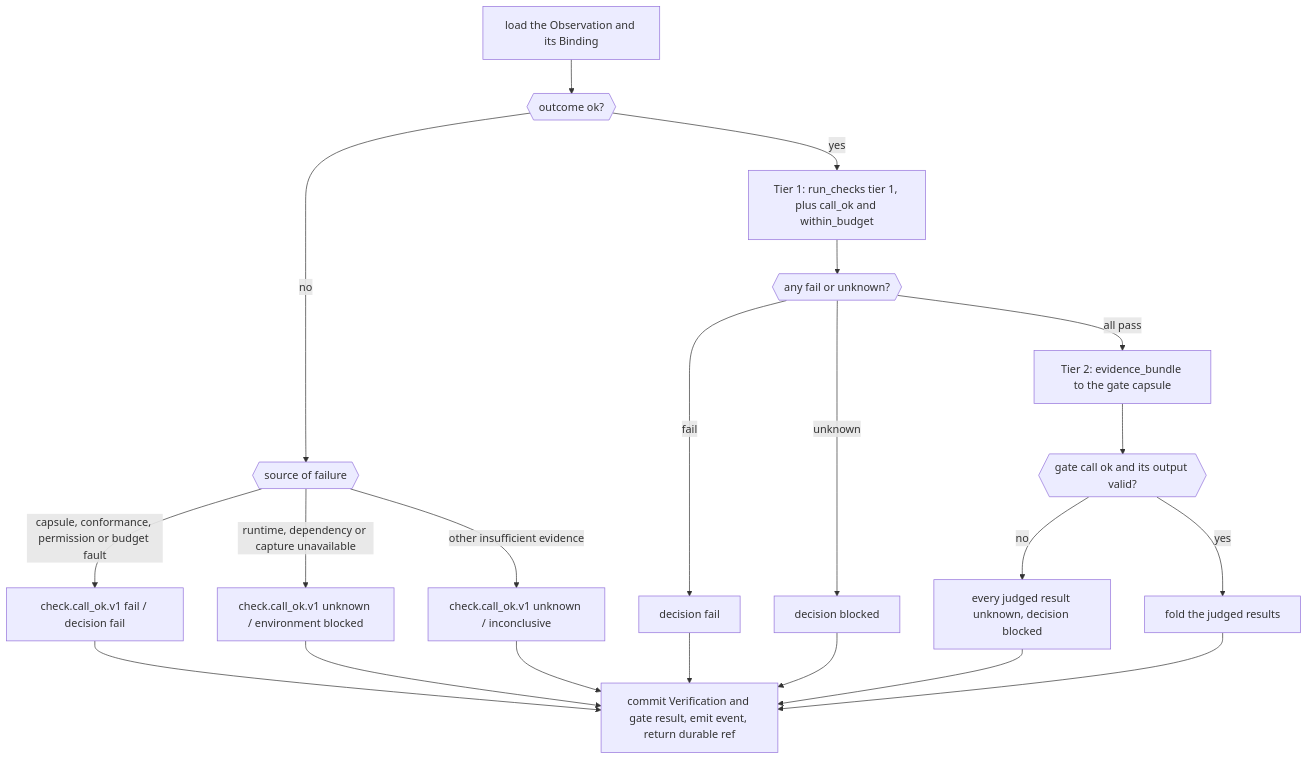
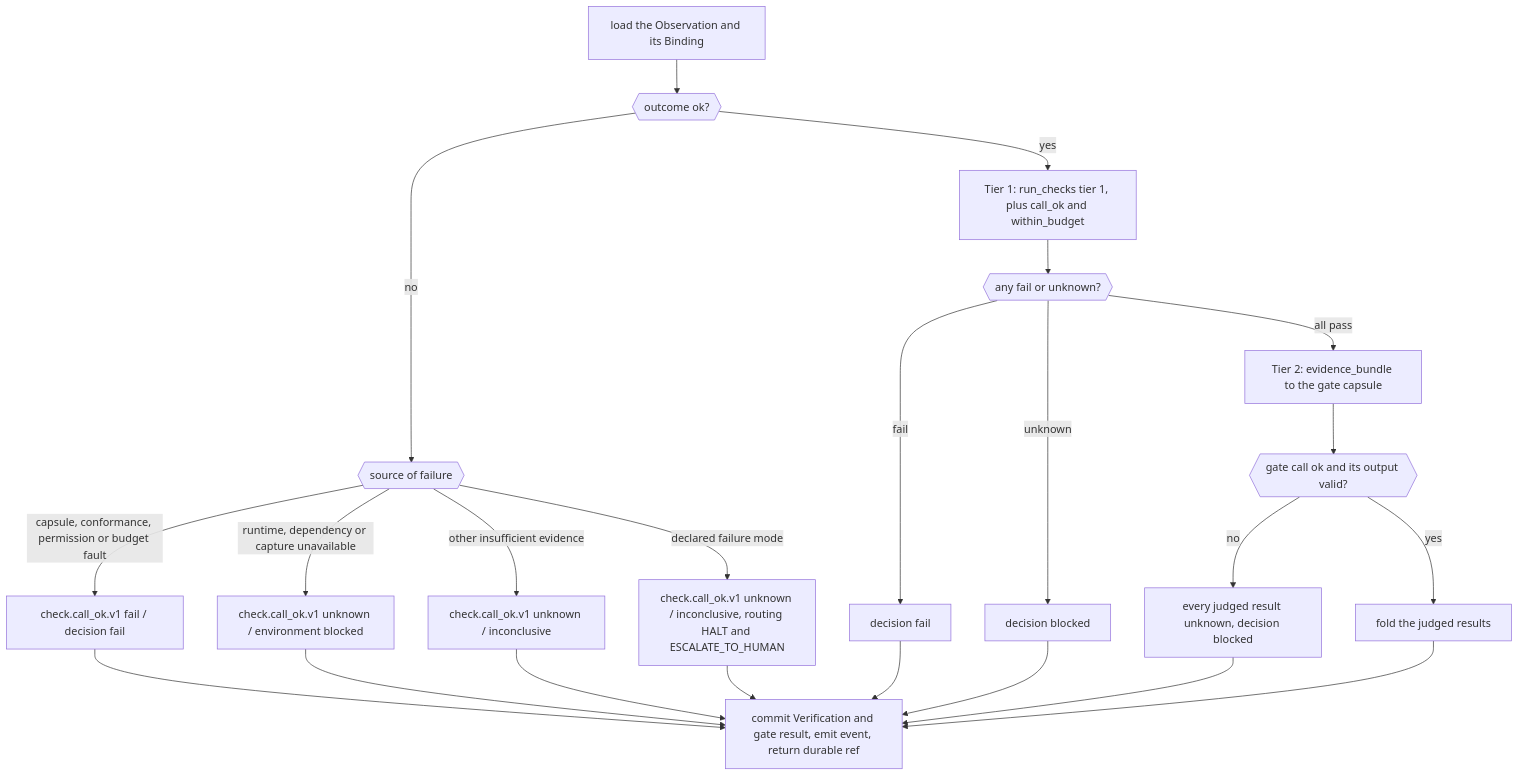
The diagram in docs/architecture/capsule/gate-host.md (Stellven/jiuwenswarm), drawn with Mermaid before and after one commit. The commit also changed other lines of this file and 324 other files, not shown here.

First line of the commit message:
Reorganize architecture library into one thin, current M1 design

````diff
--- a/docs/architecture/capsule/gate-host.md
+++ b/docs/architecture/capsule/gate-host.md
@@ -39,17 +56,18 @@
 ```mermaid
 flowchart TB
     A["load the Observation and its Binding"] --> B{{"outcome ok?"}}
     B -->|"no"| C{{"source of failure"}}
+    C -->|"declared failure mode"| R4["check.call_ok.v1 unknown / inconclusive, routing HALT and ESCALATE_TO_HUMAN"]
     C -->|"capsule, conformance, permission or budget fault"| R1["check.call_ok.v1 fail / decision fail"]
     C -->|"runtime, dependency or capture unavailable"| R2["check.call_ok.v1 unknown / environment blocked"]
     C -->|"other insufficient evidence"| R3["check.call_ok.v1 unknown / inconclusive"]
     B -->|"yes"| T1["Tier 1: run_checks tier 1, plus call_ok and within_budget"]
     T1 --> F1{{"any fail or unknown?"}}
     F1 -->|"fail"| D1["decision fail"]
     F1 -->|"unknown"| D2["decision blocked"]
     F1 -->|"all pass"| T2["Tier 2: evidence_bundle to the gate capsule"]
     T2 --> V{{"gate call ok and its output valid?"}}
     V -->|"no"| D3["every judged result unknown, decision blocked"]
     V -->|"yes"| F2["fold the judged results"]
-    R1 & R2 & R3 & D1 & D2 & D3 & F2 --> W["commit Verification and gate result, emit event, return durable ref"]
+    R1 & R2 & R3 & R4 & D1 & D2 & D3 & F2 --> W["commit Verification and gate result, emit event, return durable ref"]
 ```
````
